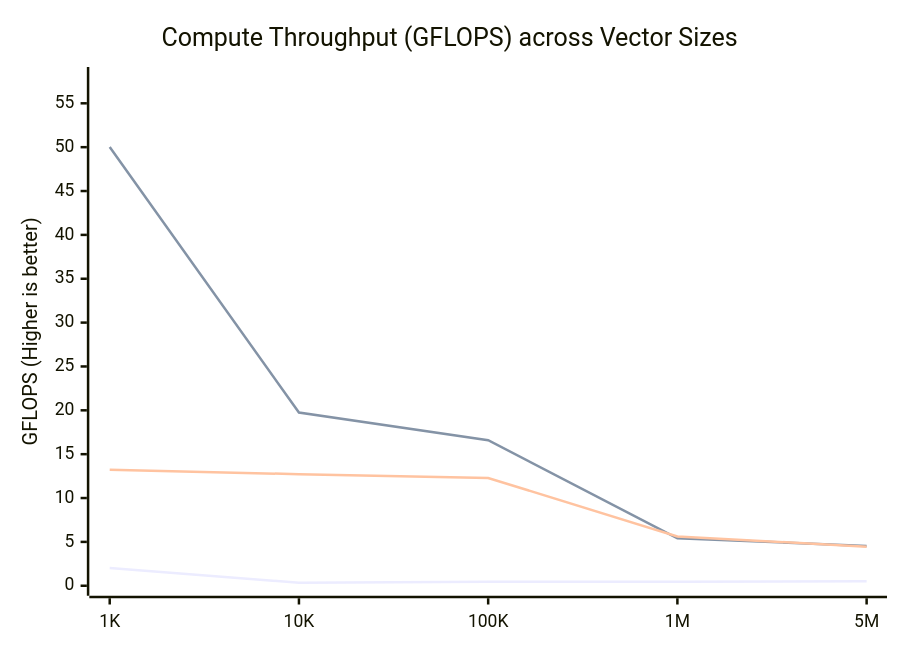
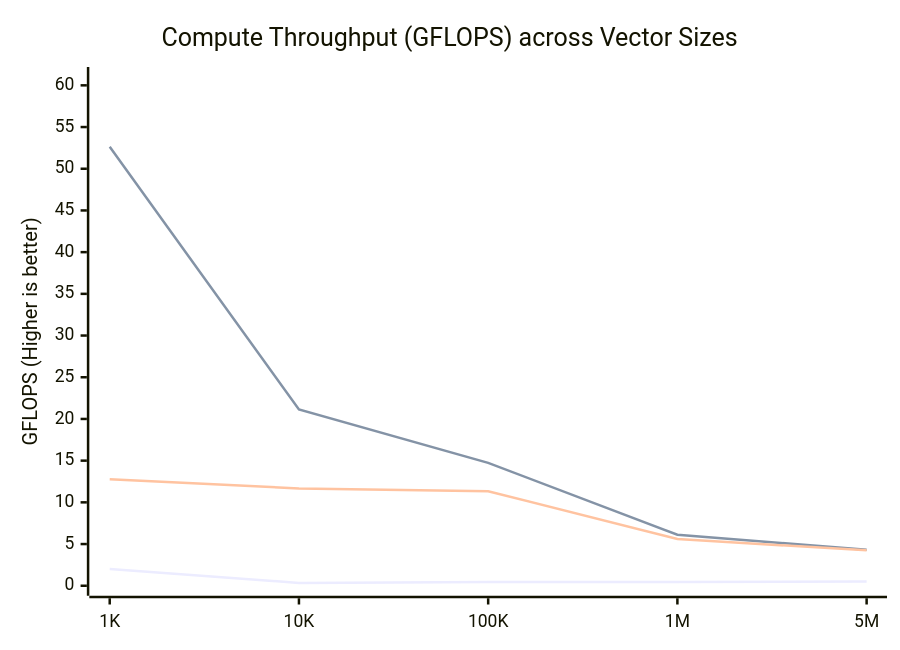
The first of 2 diagrams in README.md (maithreyanprabhu2907-prog/Vector), drawn with Mermaid before and after one commit. The commit also changed other lines of this file and 3 other files, not shown here.

````diff
--- a/README.md
+++ b/README.md
@@ -114,9 +114,9 @@
 ```mermaid
 xychart-beta
     title "Compute Throughput (GFLOPS) across Vector Sizes"
     x-axis ["1K", "10K", "100K", "1M", "5M"]
-    y-axis "GFLOPS (Higher is better)" 0 --> 58
-    line [2.02, 0.34, 0.45, 0.47, 0.50]
-    line [50.01, 19.75, 16.59, 5.41, 4.54]
-    line [13.23, 12.72, 12.29, 5.61, 4.46]
+    y-axis "GFLOPS (Higher is better)" 0 --> 61
+    line [2.02, 0.34, 0.44, 0.46, 0.51]
+    line [52.63, 21.13, 14.74, 6.11, 4.33]
+    line [12.77, 11.67, 11.34, 5.60, 4.25]
 ```
````
